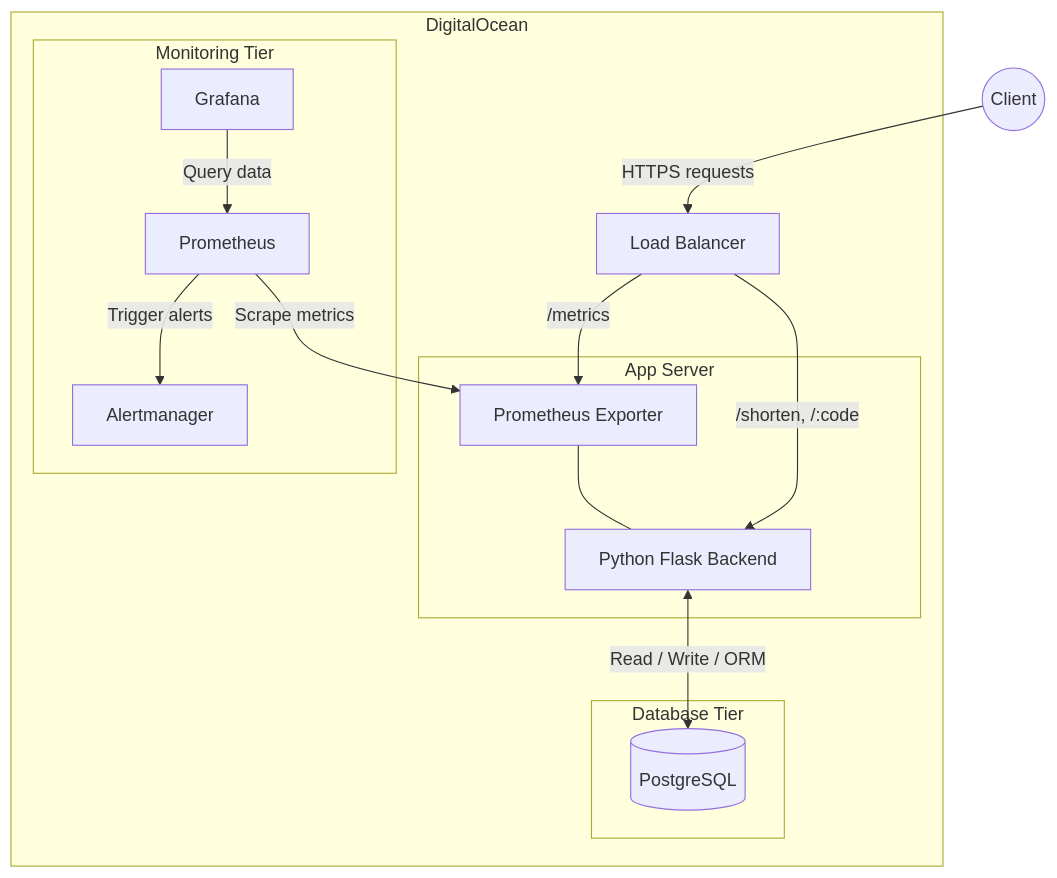
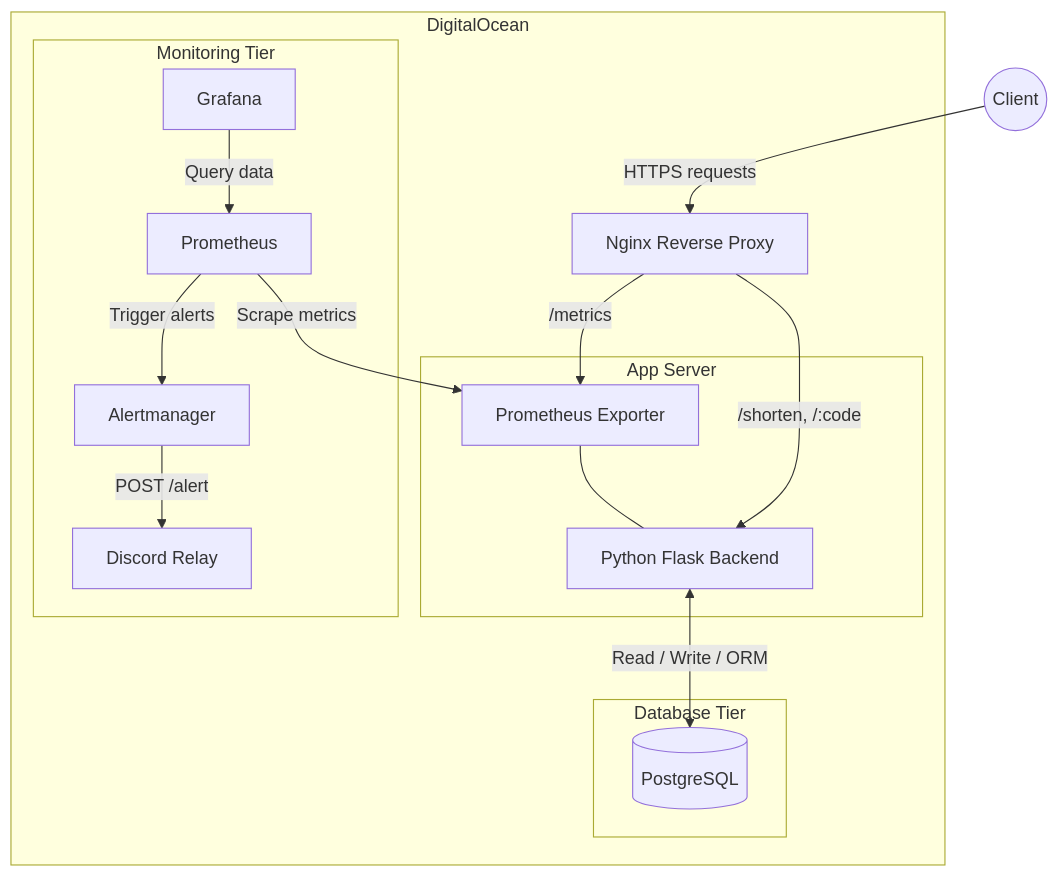
Before and after one commit to Shreyp087/PE-Hackathon-Template-2026: the diagram in docs/ARCHITECTURE.md, drawn with Mermaid. The commit also changed other lines of this file and 5 other files, not shown here.

Commit message:
docs: add demo-flow navigation and align docs with current app

````diff
--- a/docs/ARCHITECTURE.md
+++ b/docs/ARCHITECTURE.md
@@ -7,34 +7,36 @@
 ```mermaid
 flowchart TD
     Client((Client))
     
     subgraph DigitalOcean
-        LB[Load Balancer]
+        Proxy[Nginx Reverse Proxy]
         
         subgraph App Server
             App[Python Flask Backend]
             Metrics[Prometheus Exporter]
         end
         
         subgraph Database Tier
             DB[(PostgreSQL)]
         end
         
         subgraph Monitoring Tier
             Prometheus[Prometheus]
             Grafana[Grafana]
             Alertmanager[Alertmanager]
+            Relay[Discord Relay]
         end
     end
 
-    Client -->|HTTPS requests| LB
-    LB -->|/shorten, /:code| App
-    LB -->|/metrics| Metrics
+    Client -->|HTTPS requests| Proxy
+    Proxy -->|/shorten, /:code| App
+    Proxy -->|/metrics| Metrics
     
     App <-->|Read / Write / ORM| DB
     
     Metrics --- App
     Prometheus -->|Scrape metrics| Metrics
     Grafana -->|Query data| Prometheus
     Prometheus -->|Trigger alerts| Alertmanager
+    Alertmanager -->|POST /alert| Relay
 ```
````
